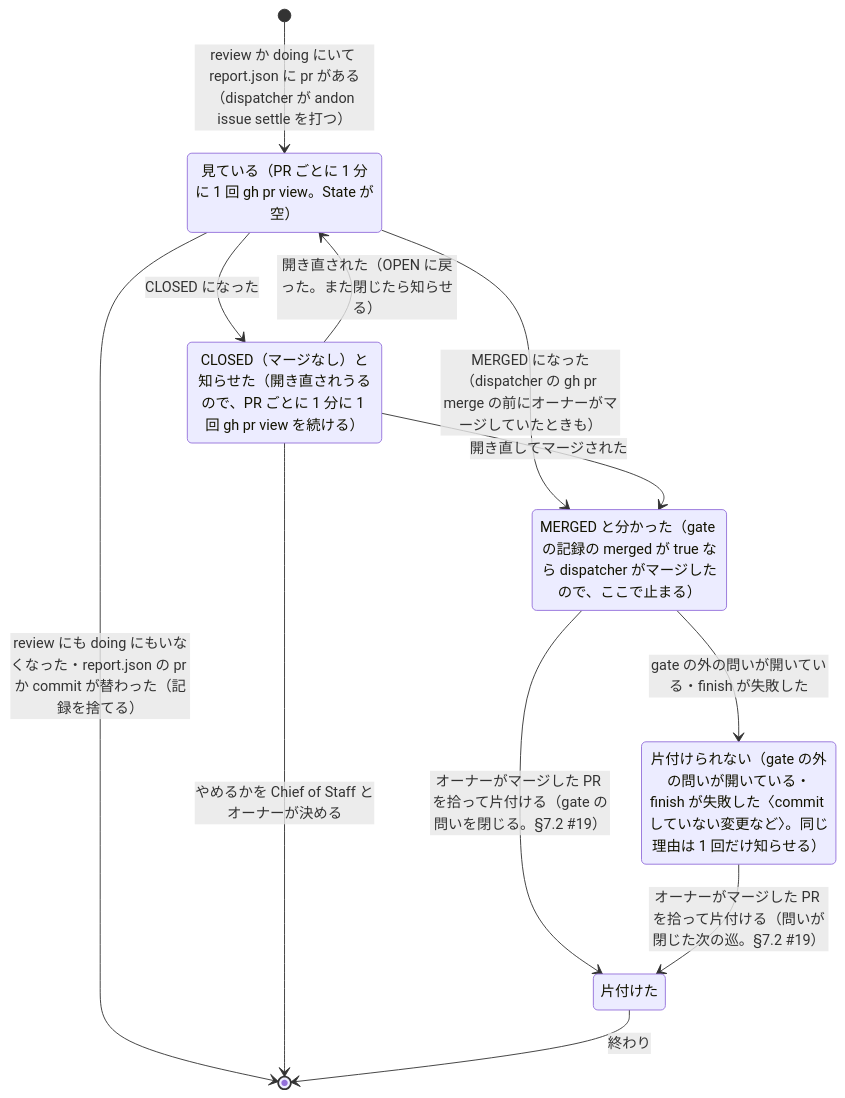
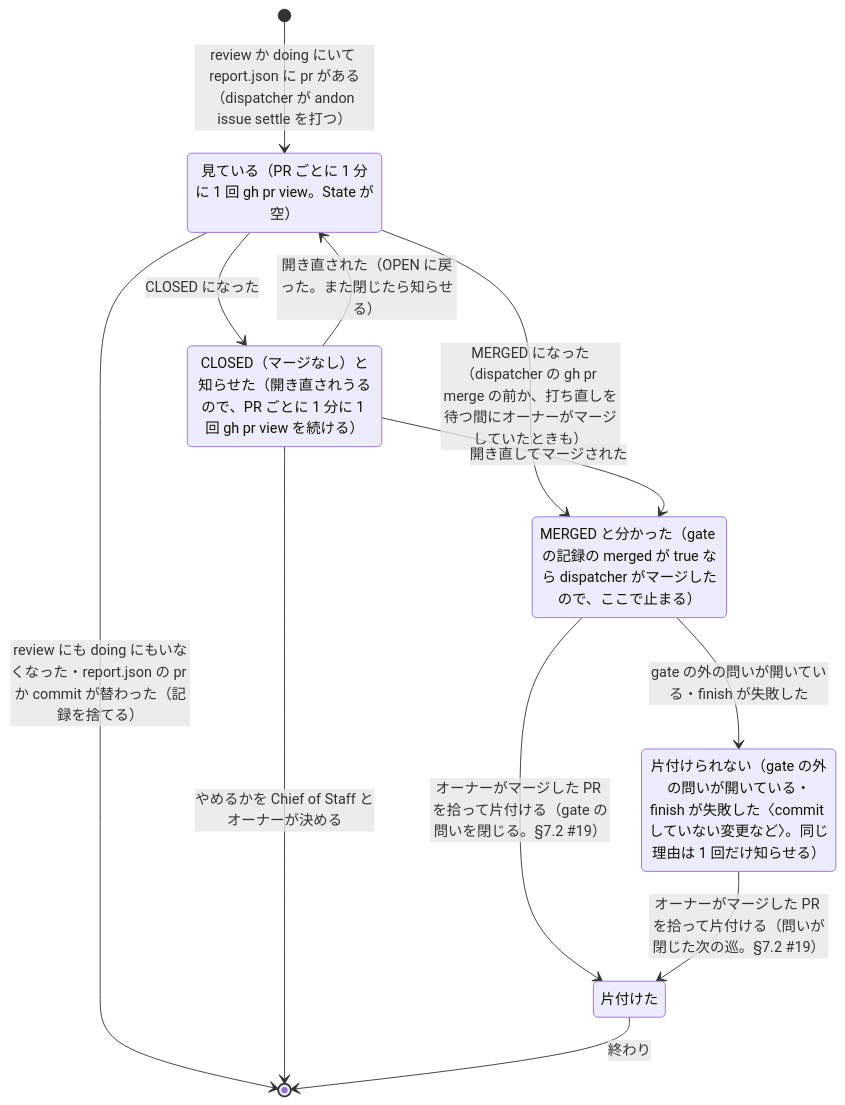
The diagram in docs/process/human-merge.md (mitaku/andon), drawn with Mermaid before and after one commit. The commit also changed other lines of this file and 12 other files, not shown here.

````diff
--- a/docs/process/human-merge.md
+++ b/docs/process/human-merge.md
@@ -9,19 +9,19 @@
 ```mermaid
 stateDiagram-v2
   state "見ている（PR ごとに 1 分に 1 回 gh pr view。State が空）" as s_watching
   state "MERGED と分かった（gate の記録の merged が true なら dispatcher がマージしたので、ここで止まる）" as s_merged
   state "CLOSED（マージなし）と知らせた（開き直されうるので、PR ごとに 1 分に 1 回 gh pr view を続ける）" as s_closed
   state "片付けられない（gate の外の問いが開いている・finish が失敗した〈commit していない変更など〉。同じ理由は 1 回だけ知らせる）" as s_held
   state "片付けた" as s_finished
   [*] --> s_watching: review か doing にいて report.json に pr がある（dispatcher が andon issue settle を打つ）
-  s_watching --> s_merged: MERGED になった（dispatcher の gh pr merge の前にオーナーがマージしていたときも）
+  s_watching --> s_merged: MERGED になった（dispatcher の gh pr merge の前か、打ち直しを待つ間にオーナーがマージしていたときも）
   s_watching --> s_closed: CLOSED になった
   s_merged --> s_finished: オーナーがマージした PR を拾って片付ける（gate の問いを閉じる。§7.2 #19）
   s_merged --> s_held: gate の外の問いが開いている・finish が失敗した
   s_held --> s_finished: オーナーがマージした PR を拾って片付ける（問いが閉じた次の巡。§7.2 #19）
   s_watching --> [*]: review にも doing にもいなくなった・report.json の pr か commit が替わった（記録を捨てる）
   s_closed --> s_watching: 開き直された（OPEN に戻った。また閉じたら知らせる）
   s_closed --> s_merged: 開き直してマージされた
   s_closed --> [*]: やめるかを Chief of Staff とオーナーが決める
   s_finished --> [*]: 終わり
 ```
````
